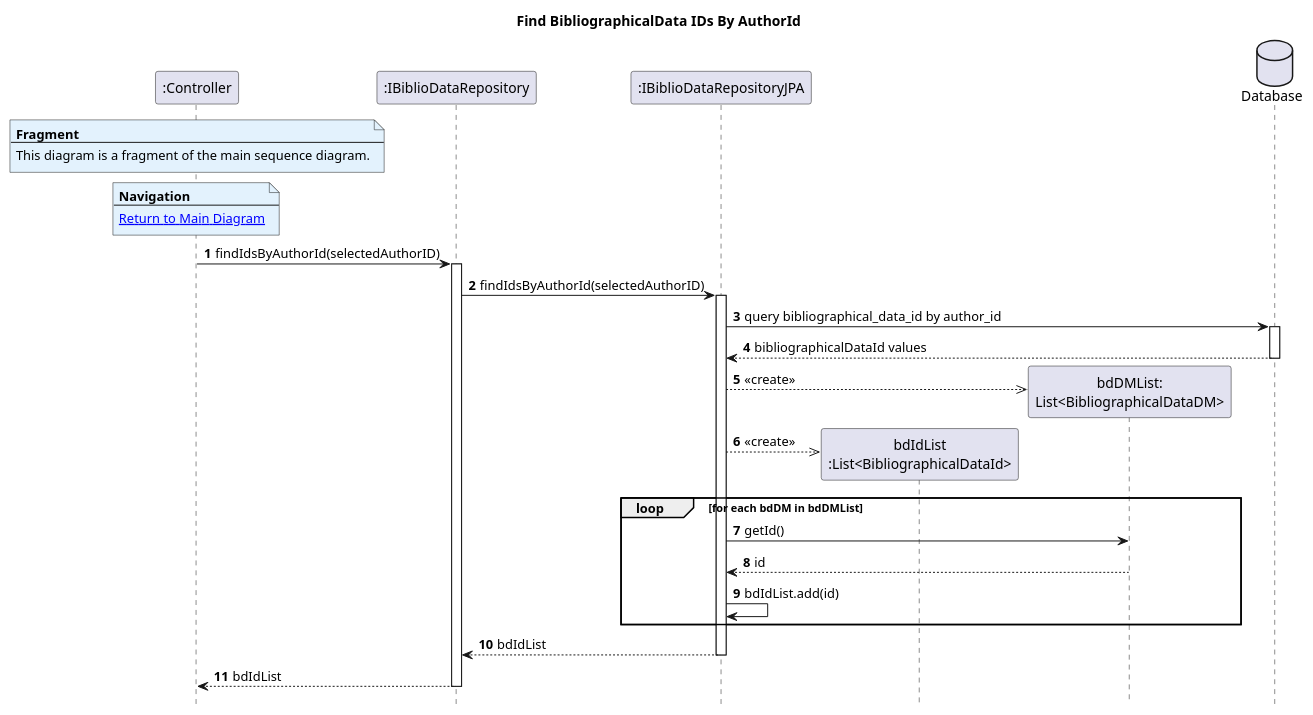
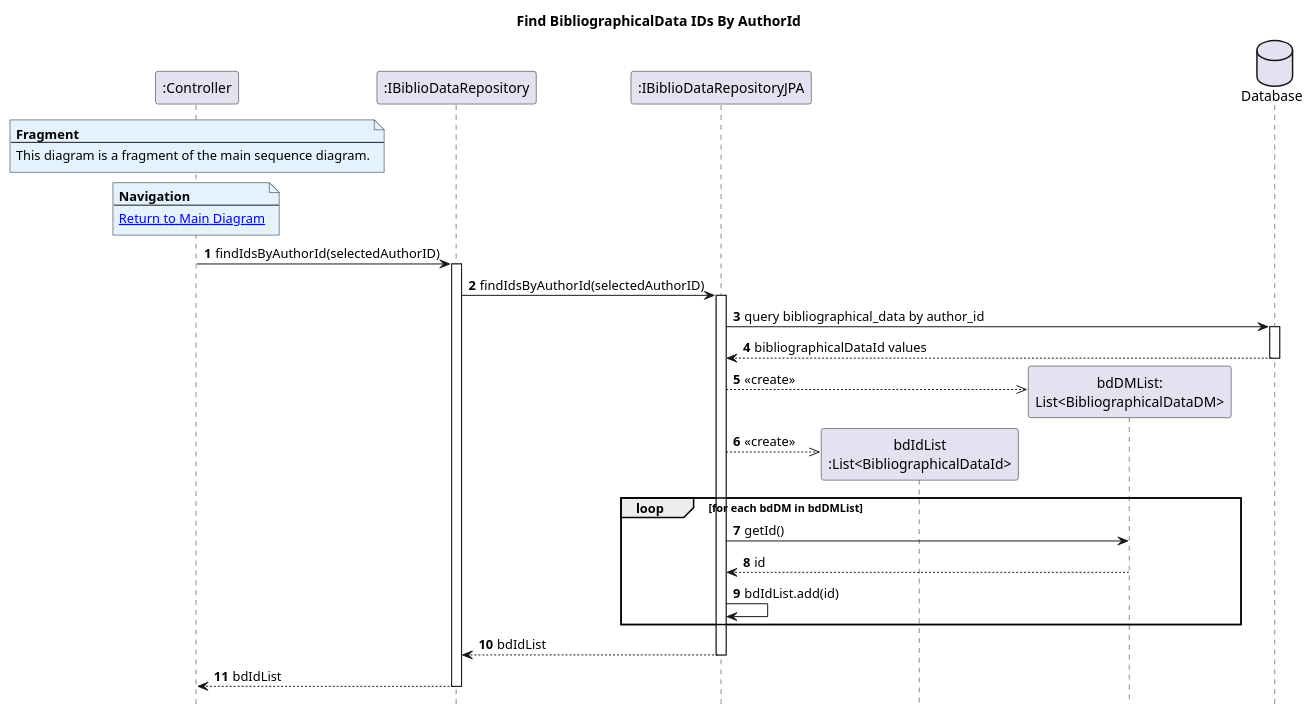
Before and after one commit to AndrePereiraGitH/SWitCH-Project-Team_A: the diagram in Diagrams/SequenceDiagrams/N2/To-get-list-of-items-in-auction-of-a-given-author/3.FindBiblioDataIdsByAuthorId.puml, drawn with PlantUML. The commit also changed 1 other file, not shown here.

```diff
--- a/Diagrams/SequenceDiagrams/N2/To-get-list-of-items-in-auction-of-a-given-author/3.FindBiblioDataIdsByAuthorId.puml
+++ b/Diagrams/SequenceDiagrams/N2/To-get-list-of-items-in-auction-of-a-given-author/3.FindBiblioDataIdsByAuthorId.puml
@@ -1,54 +1,54 @@
 @startuml
 hide footbox
 autonumber
 title Find BibliographicalData IDs By AuthorId
 
 participant ":Controller" as Ctrl
 participant ":IBiblioDataRepository" as bdRepo
 participant ":IBiblioDataRepositoryJPA" as bdRepoJPA
 participant "bdIdList\n:List<BibliographicalDataId>" as bdIdList
 participant "bdDMList:\nList<BibliographicalDataDM>" as bdDMList
 
 database "Database" as db
 
 note over Ctrl #E3F2FD
 <b>Fragment</b>
 ---
 This diagram is a fragment of the main sequence diagram.
 end note
 
 note over Ctrl #E3F2FD
 <b>Navigation</b>
 ---
 [[1.MainDiagram.puml Return to Main Diagram]]
 end note
 
 Ctrl -> bdRepo : findIdsByAuthorId(selectedAuthorID)
 activate bdRepo
 
 bdRepo -> bdRepoJPA : findIdsByAuthorId(selectedAuthorID)
 activate bdRepoJPA
 
-bdRepoJPA -> db : query bibliographical_data_id by author_id
+bdRepoJPA -> db : query bibliographical_data by author_id
 activate db
 db --> bdRepoJPA : bibliographicalDataId values
 deactivate db
 
 bdRepoJPA -->> bdDMList** : <<create>>
 
 bdRepoJPA -->> bdIdList ** : <<create>>
 
 loop for each bdDM in bdDMList
 bdRepoJPA -> bdDMList : getId()
 bdDMList --> bdRepoJPA : id
 
 bdRepoJPA -> bdRepoJPA : bdIdList.add(id)
 end
 
 bdRepoJPA --> bdRepo : bdIdList
 deactivate bdRepoJPA
 
 bdRepo --> Ctrl : bdIdList
 deactivate bdRepo
 
 @enduml
```
